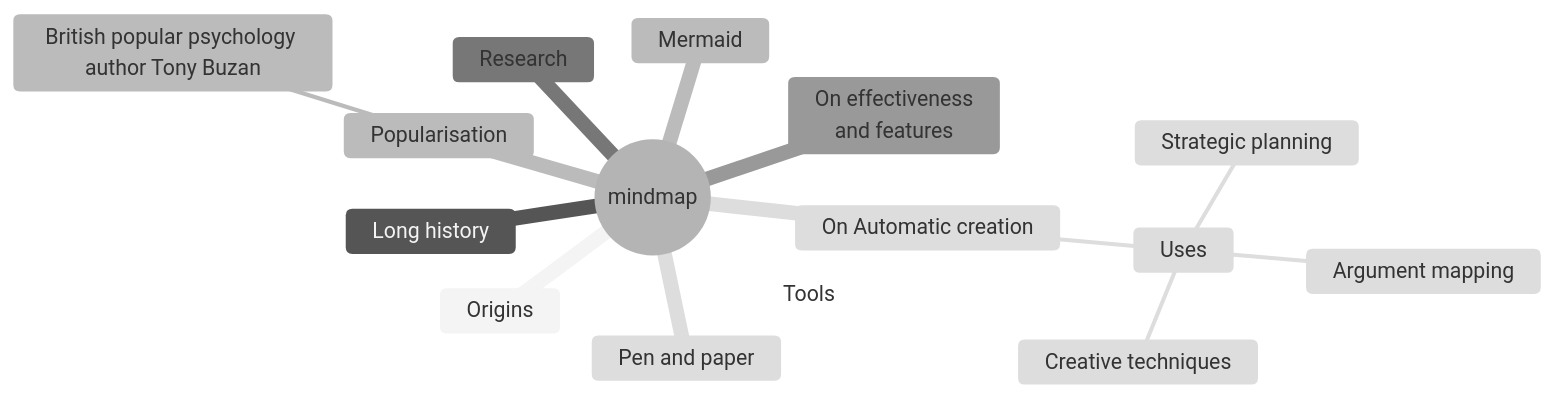
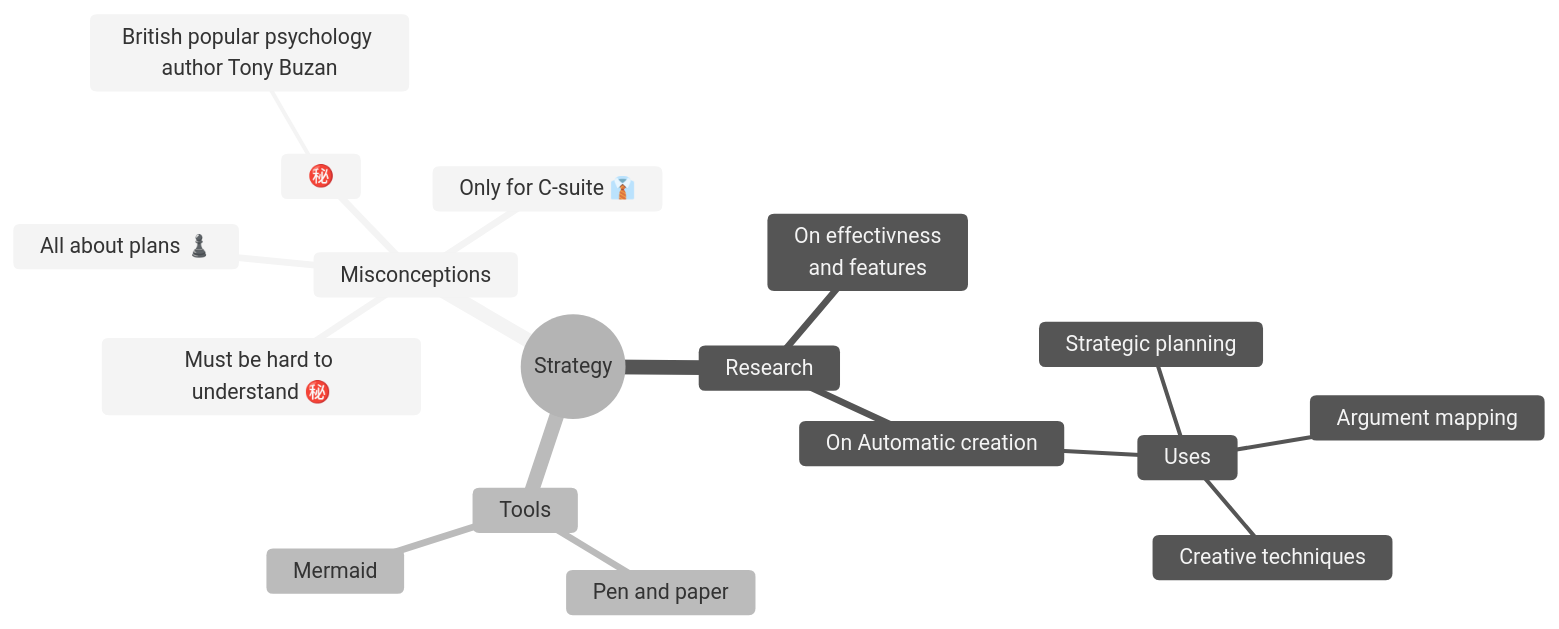
The second of 2 diagrams in _topics/overview.md (businesspolicy/businesspolicy.github.io), drawn with Mermaid (neutral theme) before and after one commit.

Commit message:
Update overview.md
testing mindmap in progress

````diff
--- a/_topics/overview.md
+++ b/_topics/overview.md
@@ -21,19 +21,20 @@
 ```mermaid
-    mindmap
-    root((mindmap))
-        Origins
-        Long history
-        ::icon(fa fa-book)
-        Popularisation
-            British popular psychology author Tony Buzan
-        Research
-        On effectiveness<br/>and features
-        On Automatic creation
-            Uses
-                Creative techniques
-                Strategic planning
-                Argument mapping
-        Tools
-        Pen and paper
-        Mermaid
+mindmap
+  root((Strategy))
+    Misconceptions
+      Only for C-suite 👔
+      All about plans ♟️
+      Must be hard to understand ㊙️
+      ㊙️
+        British popular psychology author Tony Buzan
+    Research
+      On effectivness<br/>and features
+      On Automatic creation
+        Uses
+            Creative techniques
+            Strategic planning
+            Argument mapping
+    Tools
+      Pen and paper
+      Mermaid
 ```
````
